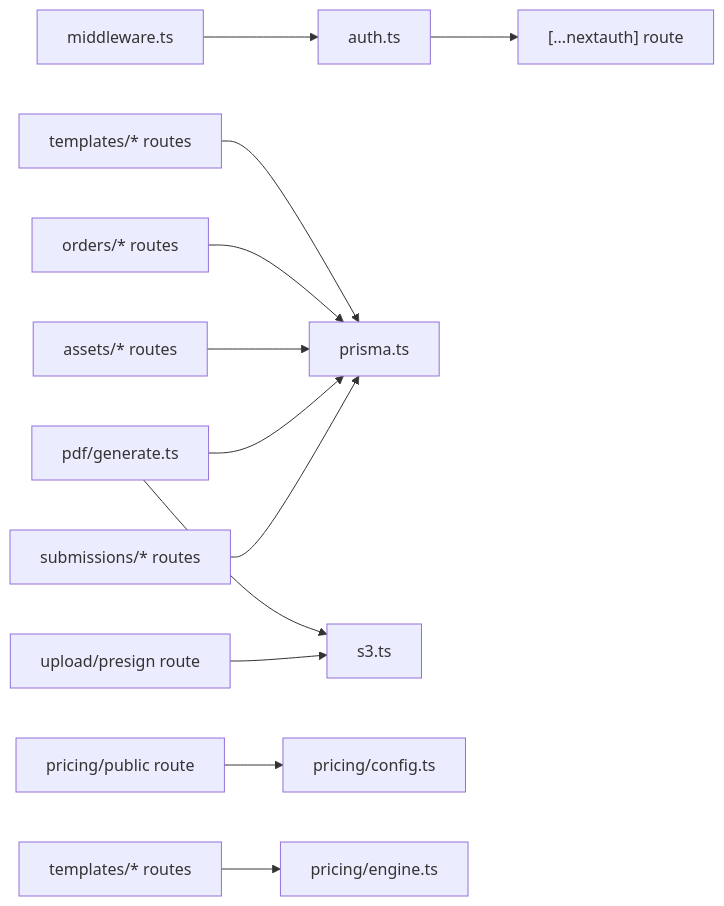
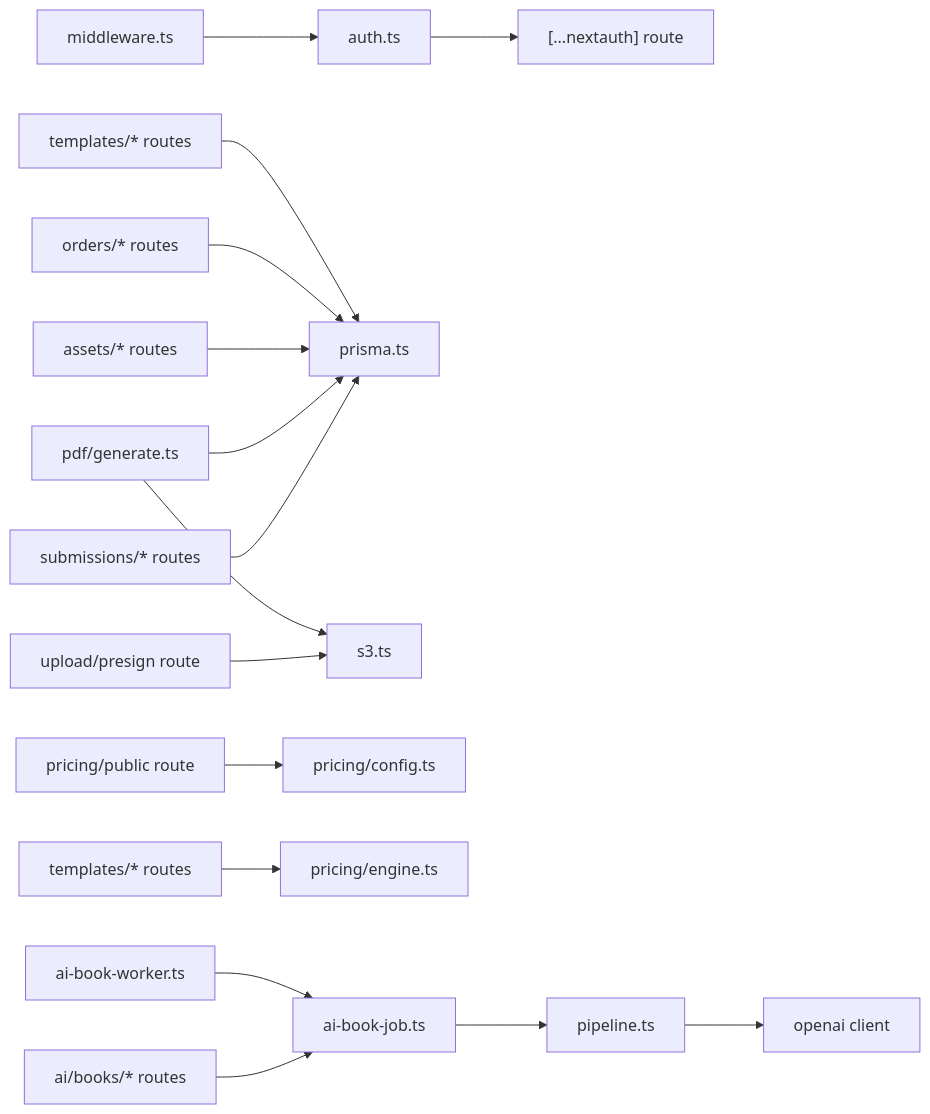
Before and after one commit to Crowdspender/titchybooks-app: the sixth of 6 diagrams in .qoder/repowiki/en/content/API Reference/API Reference.md, drawn with Mermaid. The commit also changed other lines of this file and 4 other files, not shown here.

````diff
--- a/.qoder/repowiki/en/content/API Reference/API Reference.md
+++ b/.qoder/repowiki/en/content/API Reference/API Reference.md
@@ -772,14 +948,18 @@
 ```mermaid
 graph LR
 A["auth.ts"] --> B["[...nextauth] route"]
 C["submissions/* routes"] --> D["prisma.ts"]
 E["upload/presign route"] --> F["s3.ts"]
 G["pdf/generate.ts"] --> F
 G --> D
 H["middleware.ts"] --> A
 I["assets/* routes"] --> D
 J["orders/* routes"] --> D
 K["pricing/public route"] --> L["pricing/config.ts"]
 M["templates/* routes"] --> D
 N["templates/* routes"] --> O["pricing/engine.ts"]
+P["ai/books/* routes"] --> Q["ai-book-job.ts"]
+R["ai-book-worker.ts"] --> Q
+Q --> S["pipeline.ts"]
+S --> T["openai client"]
 ```
````
